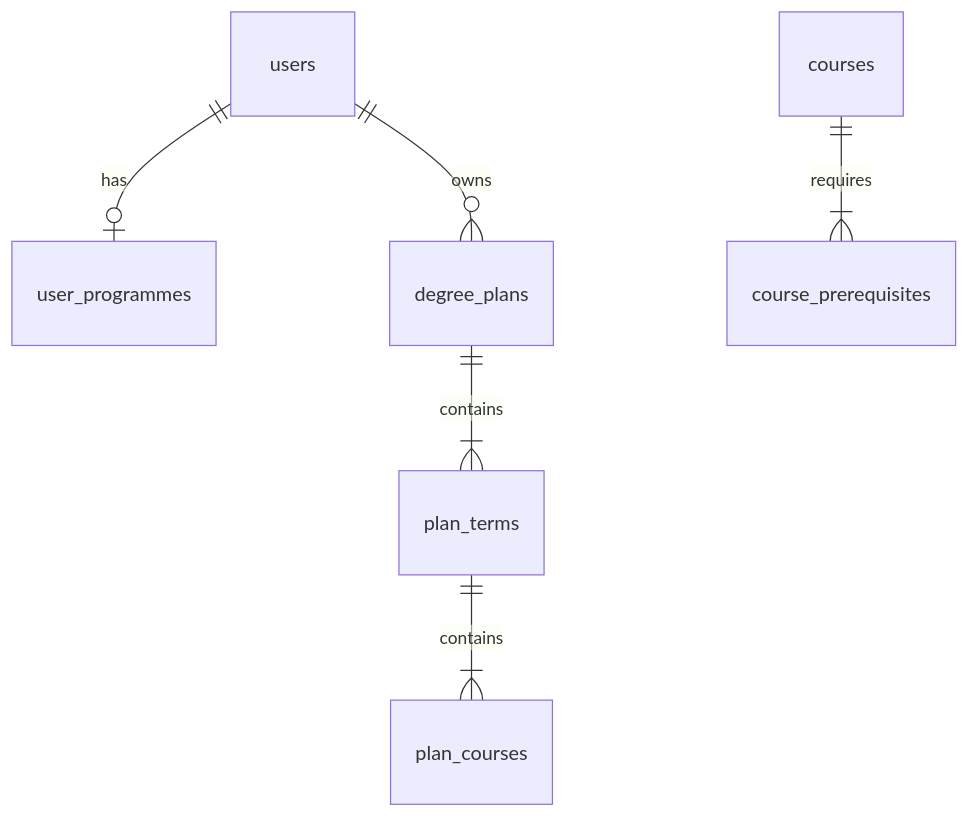
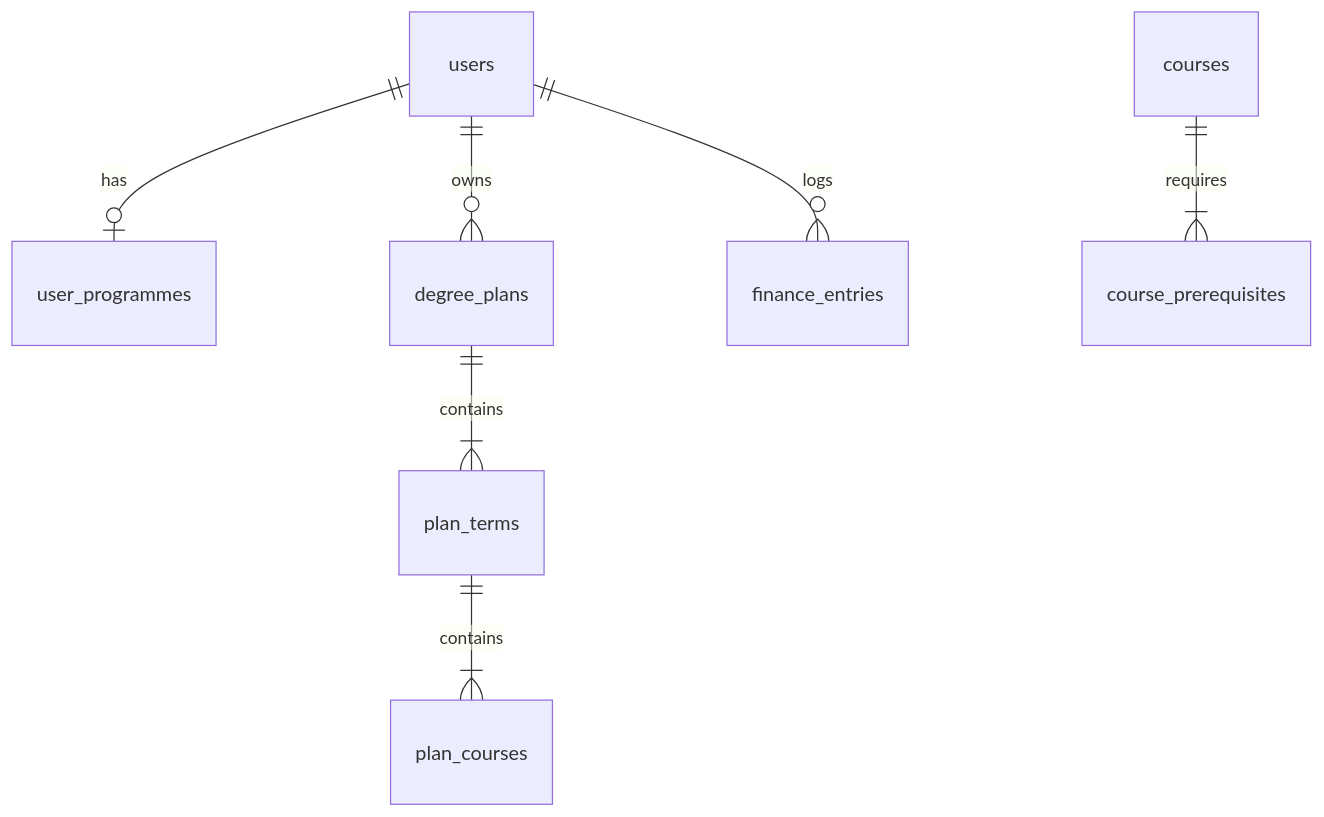
One commit to SamiulH25/YorkLanes changed the diagram in docs/database.md. Above: the diagram before and after it, drawn with Mermaid. The commit also changed other lines of this file and 16 other files, not shown here.

````diff
--- a/docs/database.md
+++ b/docs/database.md
@@ -16,8 +17,9 @@
 ```mermaid
 erDiagram
   users ||--o| user_programmes : has
   users ||--o{ degree_plans : owns
   degree_plans ||--|{ plan_terms : contains
   plan_terms ||--|{ plan_courses : contains
   courses ||--|{ course_prerequisites : requires
+  users ||--o{ finance_entries : logs
 ```
````
